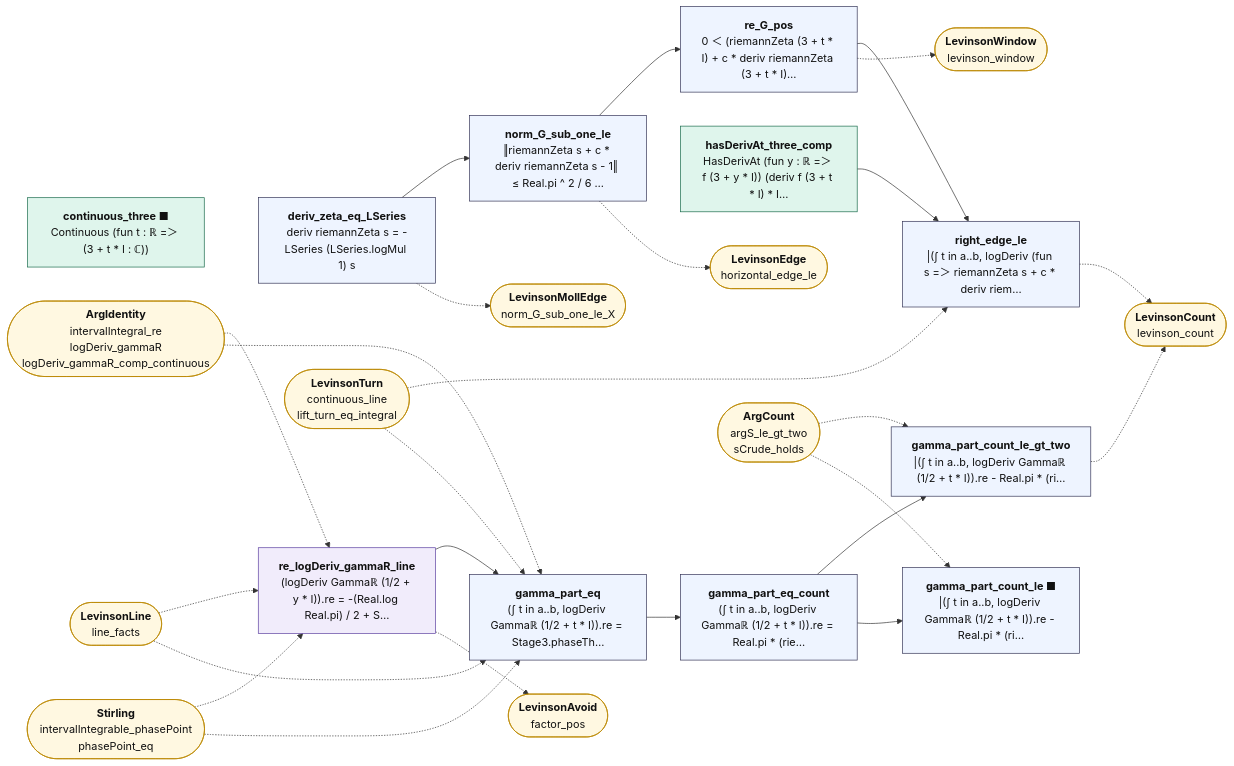
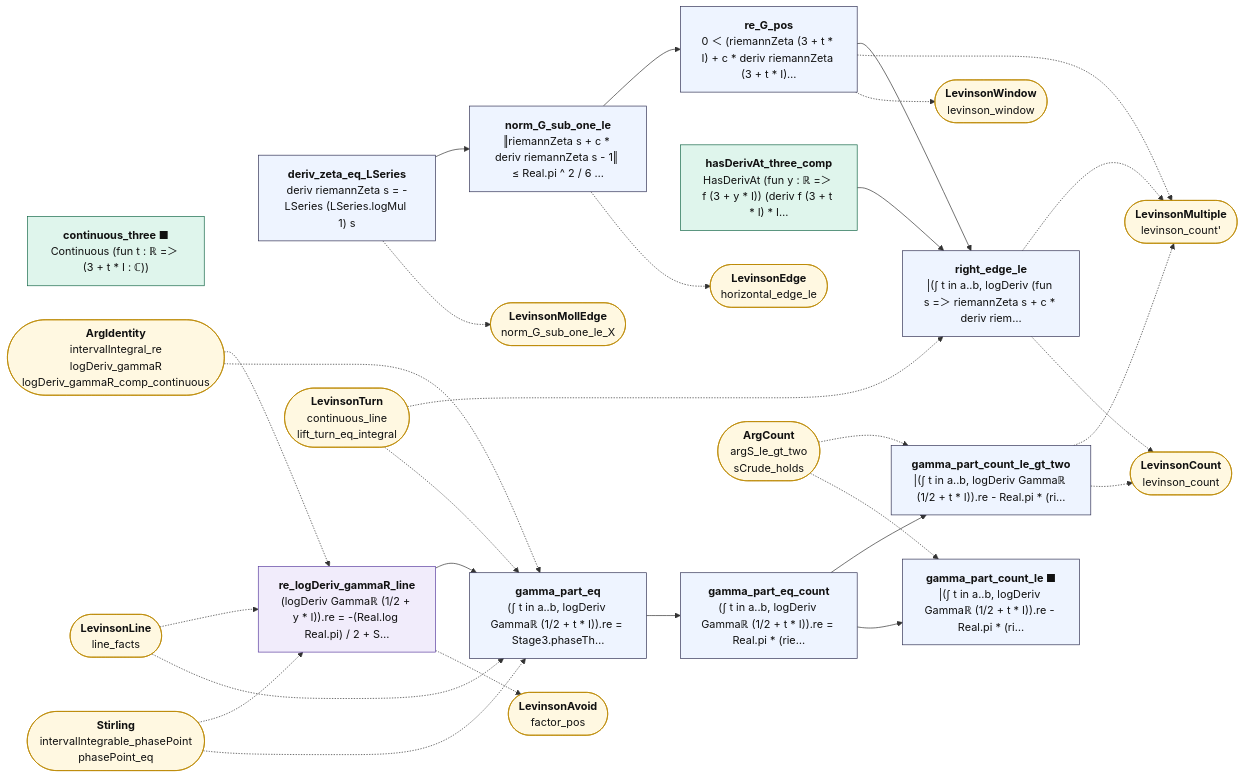
One commit to juliansambranojr/Primebeat_081426 changed the diagram in map/lean_stage3/LevinsonSize.md. Above: the diagram before and after it, drawn with Mermaid. The commit also changed other lines of this file and 39 other files, not shown here.

````diff
--- a/map/lean_stage3/LevinsonSize.md
+++ b/map/lean_stage3/LevinsonSize.md
@@ -14,56 +14,60 @@
 ```mermaid
 flowchart LR
   n0["<b>deriv_zeta_eq_LSeries</b><br/>deriv riemannZeta s = -LSeries (LSeries.logMul 1) s"]:::thm
   n1["<b>norm_G_sub_one_le</b><br/>‖riemannZeta s + c * deriv riemannZeta s - 1‖ ≤ Real.pi ^ 2 / 6 …"]:::thm
   n2["<b>re_G_pos</b><br/>0 ＜ (riemannZeta (3 + t * I) + c * deriv riemannZeta (3 + t * I)…"]:::thm
   n3["<b>hasDerivAt_three_comp</b><br/>HasDerivAt (fun y : ℝ =＞ f (3 + y * I)) (deriv f (3 + t * I) * I…"]:::cnt
   n4["<b>continuous_three ■</b><br/>Continuous (fun t : ℝ =＞ (3 + t * I : ℂ))"]:::cnt
   n5["<b>right_edge_le</b><br/>|(∫ t in a..b, logDeriv (fun s =＞ riemannZeta s + c * deriv riem…"]:::thm
   n6["<b>re_logDeriv_gammaR_line</b><br/>(logDeriv Gammaℝ (1/2 + y * I)).re = -(Real.log Real.pi) / 2 + S…"]:::shp
   n7["<b>gamma_part_eq</b><br/>(∫ t in a..b, logDeriv Gammaℝ (1/2 + t * I)).re = Stage3.phaseTh…"]:::thm
   n8["<b>gamma_part_eq_count</b><br/>(∫ t in a..b, logDeriv Gammaℝ (1/2 + t * I)).re = Real.pi * (rie…"]:::thm
   n9["<b>gamma_part_count_le ■</b><br/>|(∫ t in a..b, logDeriv Gammaℝ (1/2 + t * I)).re - Real.pi * (ri…"]:::thm
   n10["<b>gamma_part_count_le_gt_two</b><br/>|(∫ t in a..b, logDeriv Gammaℝ (1/2 + t * I)).re - Real.pi * (ri…"]:::thm
   x0(["<b>LevinsonMollEdge</b><br/>norm_G_sub_one_le_X"]):::ext
   x1(["<b>LevinsonEdge</b><br/>horizontal_edge_le"]):::ext
-  x2(["<b>LevinsonWindow</b><br/>levinson_window"]):::ext
-  x3(["<b>LevinsonTurn</b><br/>continuous_line<br/>lift_turn_eq_integral"]):::ext
-  x4(["<b>LevinsonCount</b><br/>levinson_count"]):::ext
-  x5(["<b>ArgIdentity</b><br/>intervalIntegral_re<br/>logDeriv_gammaR<br/>logDeriv_gammaR_comp_continuous"]):::ext
-  x6(["<b>LevinsonLine</b><br/>line_facts"]):::ext
-  x7(["<b>Stirling</b><br/>intervalIntegrable_phasePoint<br/>phasePoint_eq"]):::ext
-  x8(["<b>LevinsonAvoid</b><br/>factor_pos"]):::ext
-  x9(["<b>ArgCount</b><br/>argS_le_gt_two<br/>sCrude_holds"]):::ext
+  x2(["<b>LevinsonMultiple</b><br/>levinson_count'"]):::ext
+  x3(["<b>LevinsonWindow</b><br/>levinson_window"]):::ext
+  x4(["<b>LevinsonTurn</b><br/>continuous_line<br/>lift_turn_eq_integral"]):::ext
+  x5(["<b>LevinsonCount</b><br/>levinson_count"]):::ext
+  x6(["<b>ArgIdentity</b><br/>intervalIntegral_re<br/>logDeriv_gammaR<br/>logDeriv_gammaR_comp_continuous"]):::ext
+  x7(["<b>LevinsonLine</b><br/>line_facts"]):::ext
+  x8(["<b>Stirling</b><br/>intervalIntegrable_phasePoint<br/>phasePoint_eq"]):::ext
+  x9(["<b>LevinsonAvoid</b><br/>factor_pos"]):::ext
+  x10(["<b>ArgCount</b><br/>argS_le_gt_two<br/>sCrude_holds"]):::ext
   n0 --> n1
   n1 --> n2
   n2 --> n5
   n3 --> n5
   n6 --> n7
   n7 --> n8
   n8 --> n10
   n8 --> n9
   n0 -.-> x0
   n1 -.-> x1
-  n10 -.-> x4
+  n10 -.-> x2
+  n10 -.-> x5
   n2 -.-> x2
-  n5 -.-> x4
-  n6 -.-> x8
-  x3 -.-> n5
-  x3 -.-> n7
-  x5 -.-> n6
-  x5 -.-> n7
+  n2 -.-> x3
+  n5 -.-> x2
+  n5 -.-> x5
+  n6 -.-> x9
+  x10 -.-> n10
+  x10 -.-> n9
+  x4 -.-> n5
+  x4 -.-> n7
   x6 -.-> n6
   x6 -.-> n7
   x7 -.-> n6
   x7 -.-> n7
-  x9 -.-> n10
-  x9 -.-> n9
+  x8 -.-> n6
+  x8 -.-> n7
   classDef cnt fill:#dff5ec,stroke:#17694a,color:#111
   classDef shp fill:#f1ecfb,stroke:#5b3fa0,color:#111
   classDef rh fill:#ffe5e5,stroke:#c22,color:#111,stroke-width:2px
   classDef thm fill:#eef4ff,stroke:#335,color:#111
   classDef end_ fill:#e7f7e7,stroke:#2a7,color:#111,stroke-width:2px
   classDef lone fill:#fff,stroke:#999,color:#111,stroke-dasharray:4 3
   classDef bad fill:#ffe5e5,stroke:#c22,color:#111,stroke-width:2px
   classDef ext fill:#fff8e1,stroke:#b80,color:#111
 ```
````
